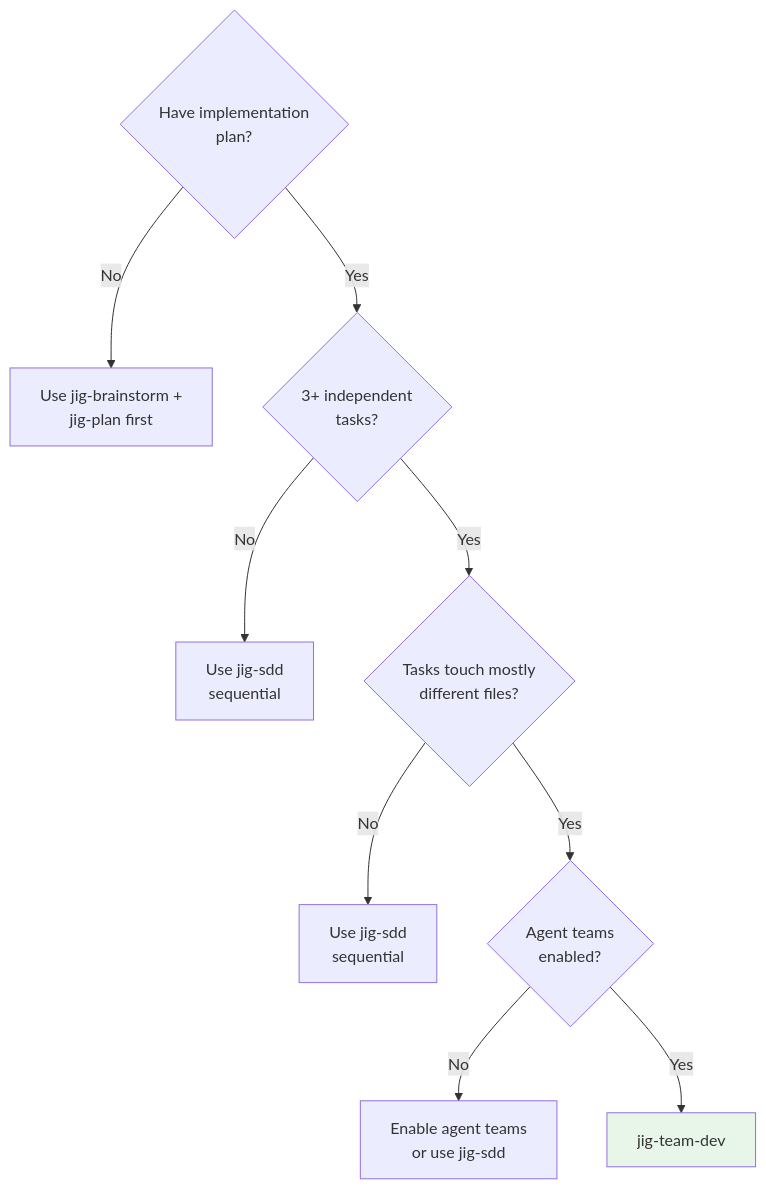
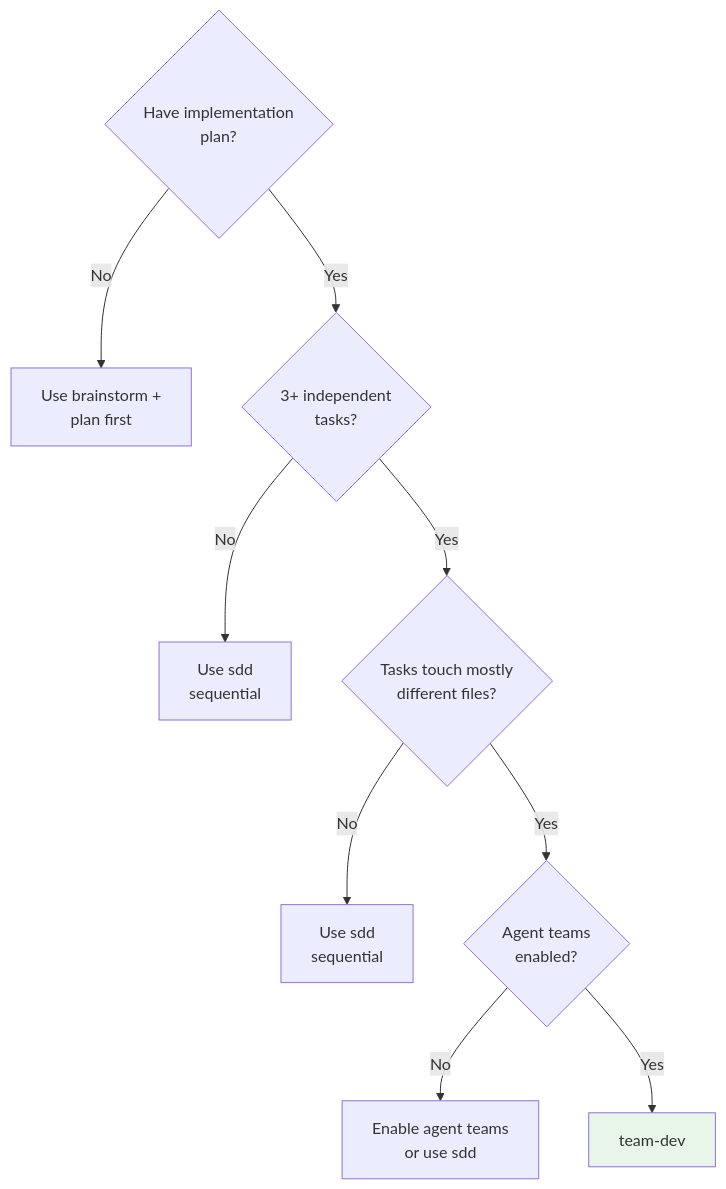
One commit to CasaPerks/casaflow changed the first of 2 diagrams in core/skills/team-dev/SKILL.md. Above: the diagram before and after it, drawn with Mermaid. The commit also changed other lines of this file and 29 other files, not shown here.

First line of the commit message:
refactor: remove jig- prefix from all skill/agent references

````diff
--- a/core/skills/team-dev/SKILL.md
+++ b/core/skills/team-dev/SKILL.md
@@ -19,12 +19,12 @@
 ```mermaid
 flowchart TD
-    A{Have implementation<br/>plan?} -->|No| B[Use jig-brainstorm +<br/>jig-plan first]
+    A{Have implementation<br/>plan?} -->|No| B[Use brainstorm +<br/>plan first]
     A -->|Yes| C{3+ independent<br/>tasks?}
-    C -->|No| D[Use jig-sdd<br/>sequential]
+    C -->|No| D[Use sdd<br/>sequential]
     C -->|Yes| E{Tasks touch mostly<br/>different files?}
-    E -->|No| F[Use jig-sdd<br/>sequential]
+    E -->|No| F[Use sdd<br/>sequential]
     E -->|Yes| G{Agent teams<br/>enabled?}
-    G -->|No| H[Enable agent teams<br/>or use jig-sdd]
-    G -->|Yes| I[jig-team-dev]
+    G -->|No| H[Enable agent teams<br/>or use sdd]
+    G -->|Yes| I[team-dev]
     style I fill:#e8f5e9
 ```
````
